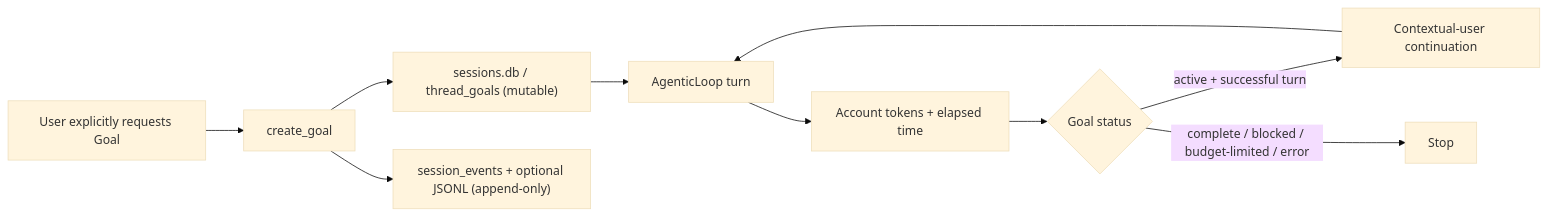
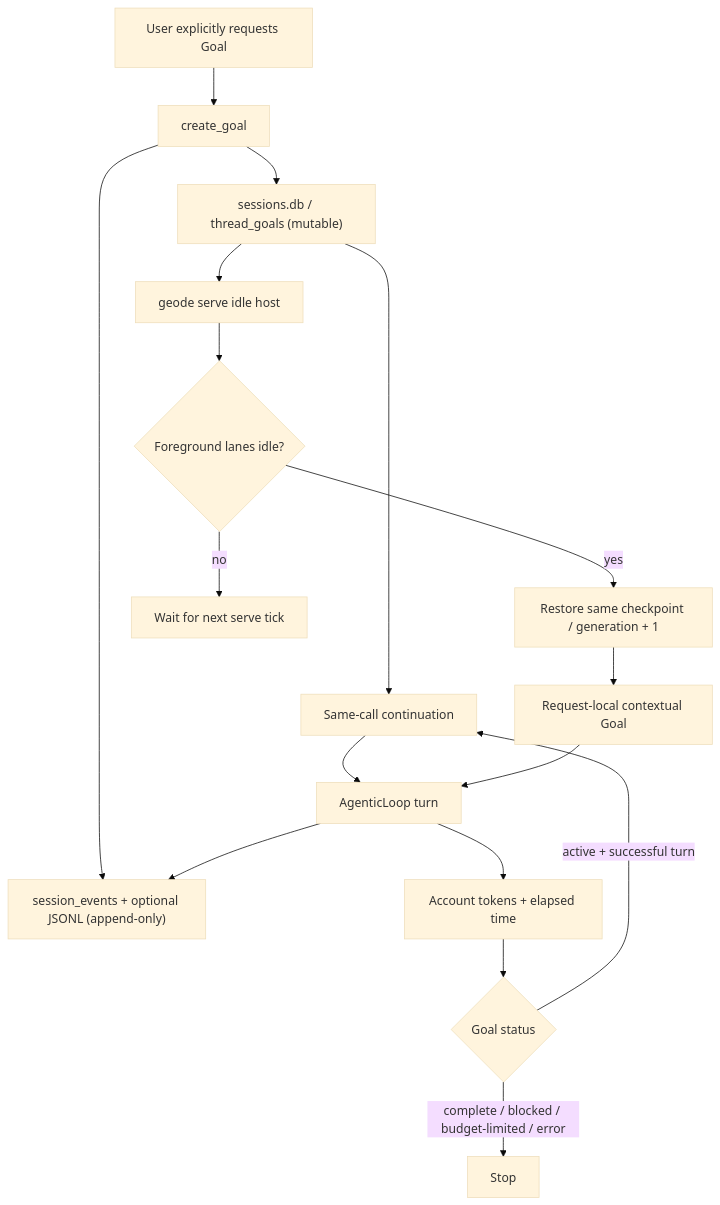
The third of 3 diagrams in docs/plans/2026-08-10-stanford-part5-plan-deep-research.md (mangowhoiscloud/geode), drawn with Mermaid (base theme) before and after one commit. The commit also changed other lines of this file and 25 other files, not shown here.

Commit message:
feat(runtime): host durable goal continuation

````diff
--- a/docs/plans/2026-08-10-stanford-part5-plan-deep-research.md
+++ b/docs/plans/2026-08-10-stanford-part5-plan-deep-research.md
@@ -113,12 +114,19 @@
 ```mermaid
-flowchart LR
+flowchart TB
     U["User explicitly requests Goal"] --> C["create_goal"]
     C --> DB["sessions.db / thread_goals (mutable)"]
     C --> T["session_events + optional JSONL (append-only)"]
-    DB --> L["AgenticLoop turn"]
+    DB --> I["Same-call continuation"]
+    DB --> H["geode serve idle host"]
+    H --> Q{"Foreground lanes idle?"}
+    Q -->|"yes"| CP["Restore same checkpoint / generation + 1"]
+    Q -->|"no"| W["Wait for next serve tick"]
+    I --> L["AgenticLoop turn"]
+    CP --> N["Request-local contextual Goal"]
+    N --> L
     L --> A["Account tokens + elapsed time"]
     A --> D{"Goal status"}
-    D -->|"active + successful turn"| N["Contextual-user continuation"]
-    N --> L
+    D -->|"active + successful turn"| I
     D -->|"complete / blocked / budget-limited / error"| S["Stop"]
+    L --> T
 ```
````
